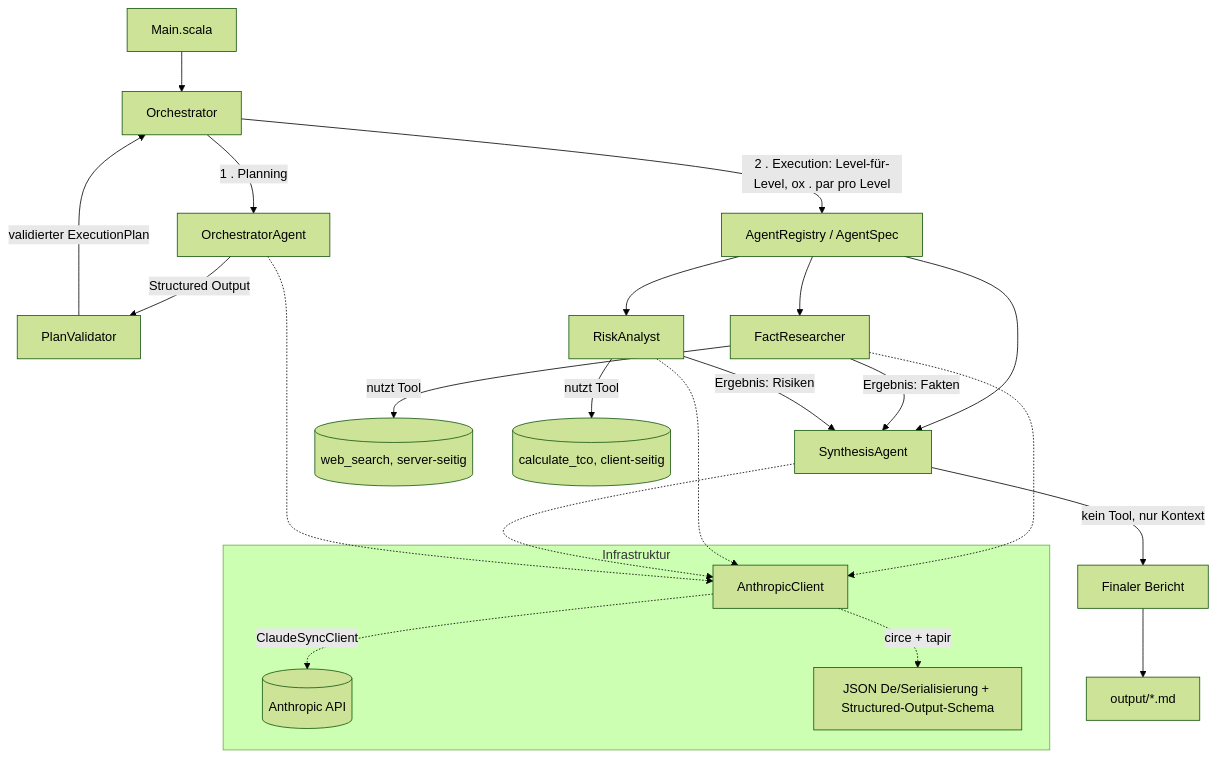
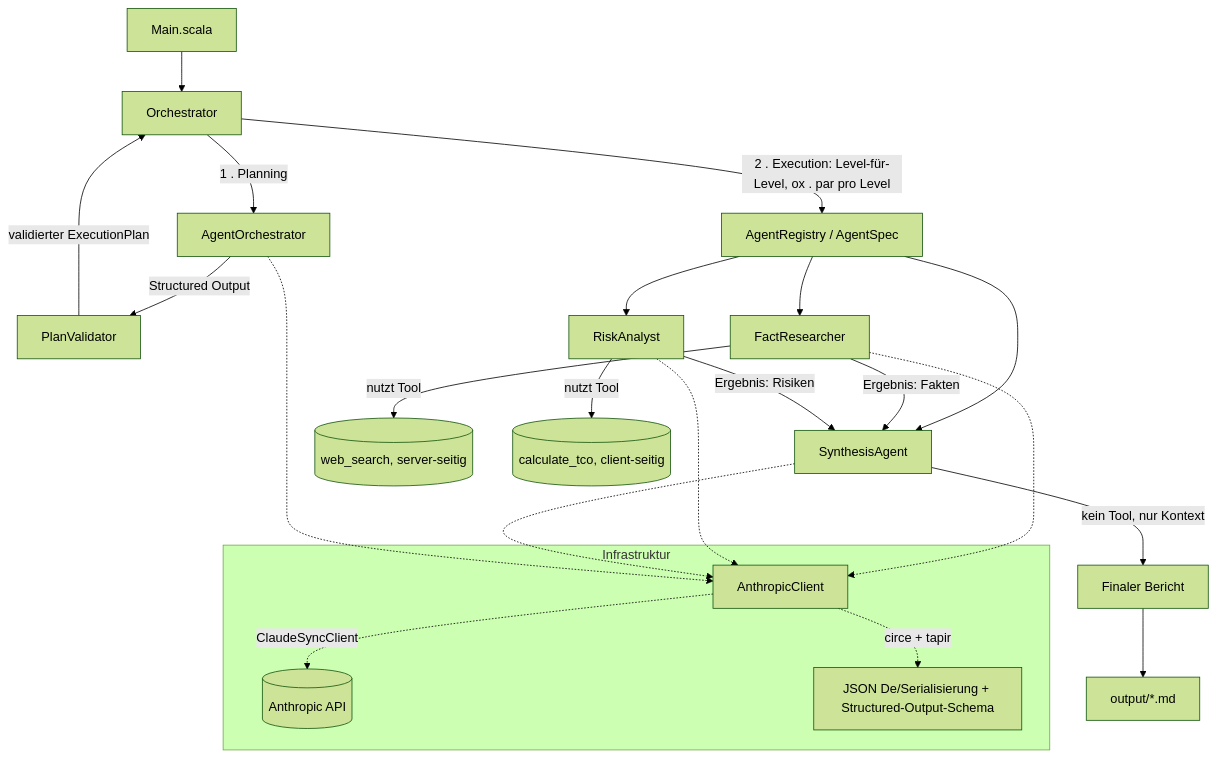
The second of 3 diagrams in cli/multi-agent-system_agentic_orchestrator/README.md (GuntherW/scala-cheatsheet), drawn with Mermaid (forest theme) before and after one commit. The commit also changed other lines of this file and 6 other files, not shown here.

````diff
--- a/cli/multi-agent-system_agentic_orchestrator/README.md
+++ b/cli/multi-agent-system_agentic_orchestrator/README.md
@@ -127,26 +127,26 @@
 ```mermaid
 flowchart TD
     A[Main.scala] --> B[Orchestrator]
-    B -->|1 . Planning| P[OrchestratorAgent]
+    B -->|1 . Planning| P[AgentOrchestrator]
     P -->|Structured Output| V[PlanValidator]
     V -->|validierter ExecutionPlan| B
     B -->|2 . Execution: Level-für-Level, ox . par pro Level| REG[AgentRegistry / AgentSpec]
     REG --> C[FactResearcher]
     REG --> D[RiskAnalyst]
     REG --> E[SynthesisAgent]
     C -->|nutzt Tool| C1[(web_search, server-seitig)]
     D -->|nutzt Tool| D1[(calculate_tco, client-seitig)]
     C -->|Ergebnis: Fakten| E
     D -->|Ergebnis: Risiken| E
     E -->|kein Tool, nur Kontext| F[Finaler Bericht]
     F --> G[output/*.md]
 
     subgraph Infrastruktur
         H[AnthropicClient] -. ClaudeSyncClient .-> I[(Anthropic API)]
         H -. circe + tapir .-> J[JSON De/Serialisierung + Structured-Output-Schema]
     end
     C -.-> H
     D -.-> H
     E -.-> H
     P -.-> H
 ```
````
